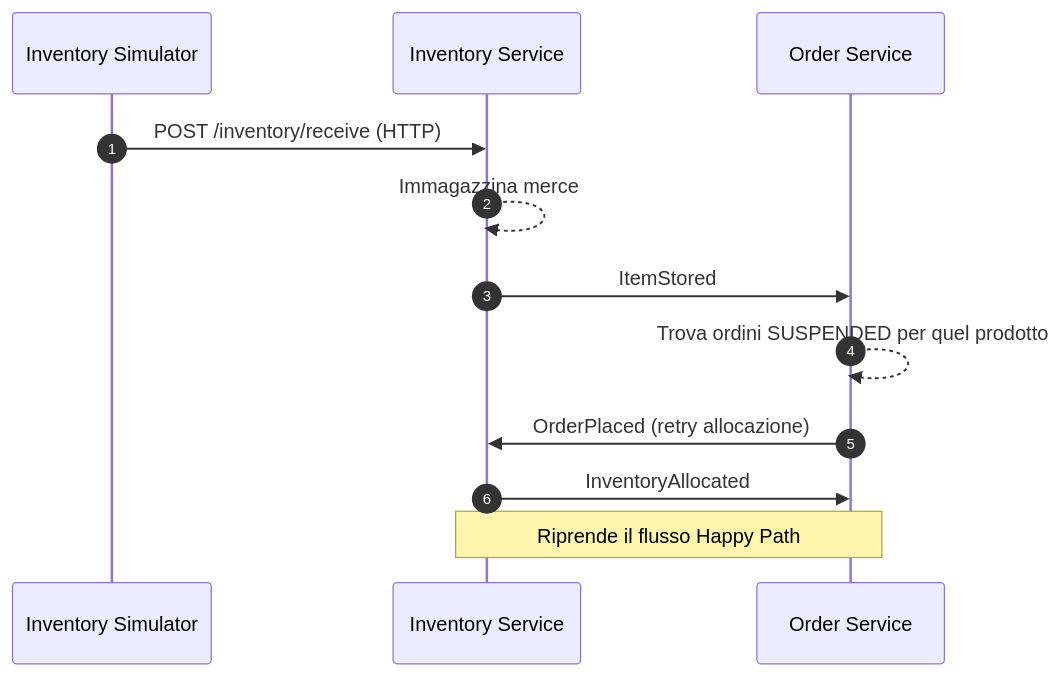
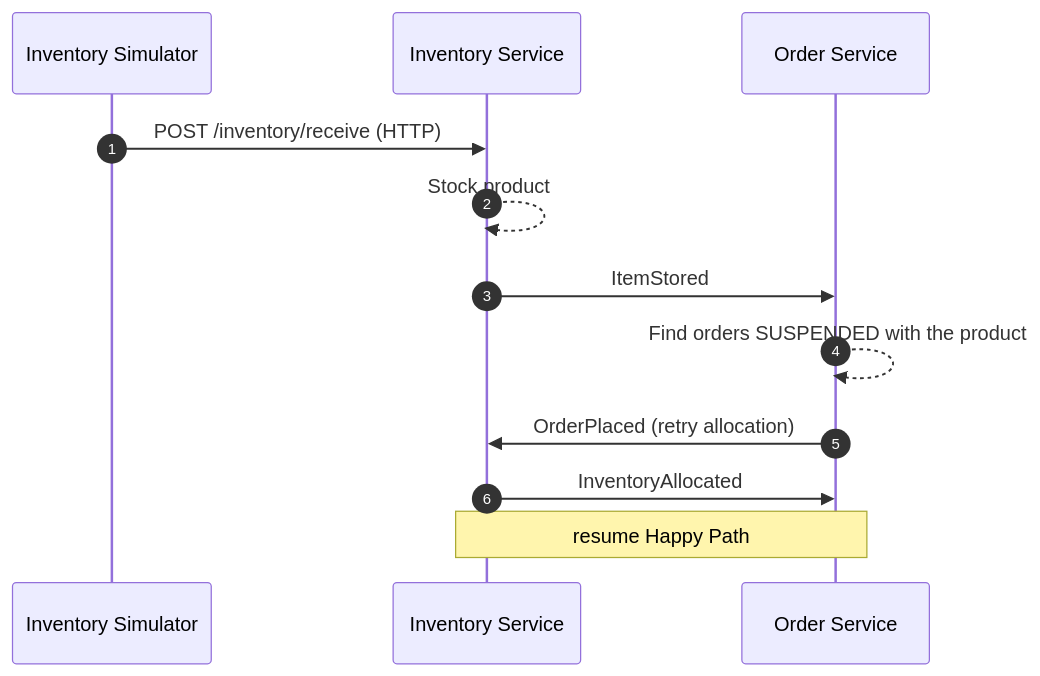
The eighth of 11 diagrams in docs/software-architecture-report.md (matteoventuri7/WHS), drawn with Mermaid before and after one commit. The commit also changed other lines of this file and 153 other files, not shown here.

Commit message:
Add coverage report files Edit architectural report

````diff
--- a/docs/software-architecture-report.md
+++ b/docs/software-architecture-report.md
@@ -933,15 +703,15 @@
 ```mermaid
 sequenceDiagram
     autonumber
     participant SIM as Inventory Simulator
     participant INV as Inventory Service
     participant ORD as Order Service
 
     SIM->>INV: POST /inventory/receive (HTTP)
-    INV-->>INV: Immagazzina merce
+    INV-->>INV: Stock product
     INV->>ORD: ItemStored
-    ORD-->>ORD: Trova ordini SUSPENDED per quel prodotto
-    ORD->>INV: OrderPlaced (retry allocazione)
+    ORD-->>ORD: Find orders SUSPENDED with the product
+    ORD->>INV: OrderPlaced (retry allocation)
     INV->>ORD: InventoryAllocated
-    Note over ORD,INV: Riprende il flusso Happy Path
+    Note over ORD,INV: resume Happy Path
 ```
````
